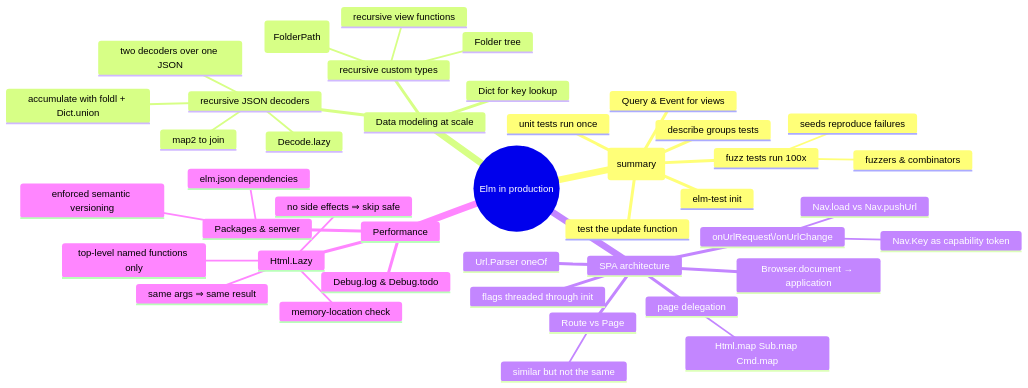
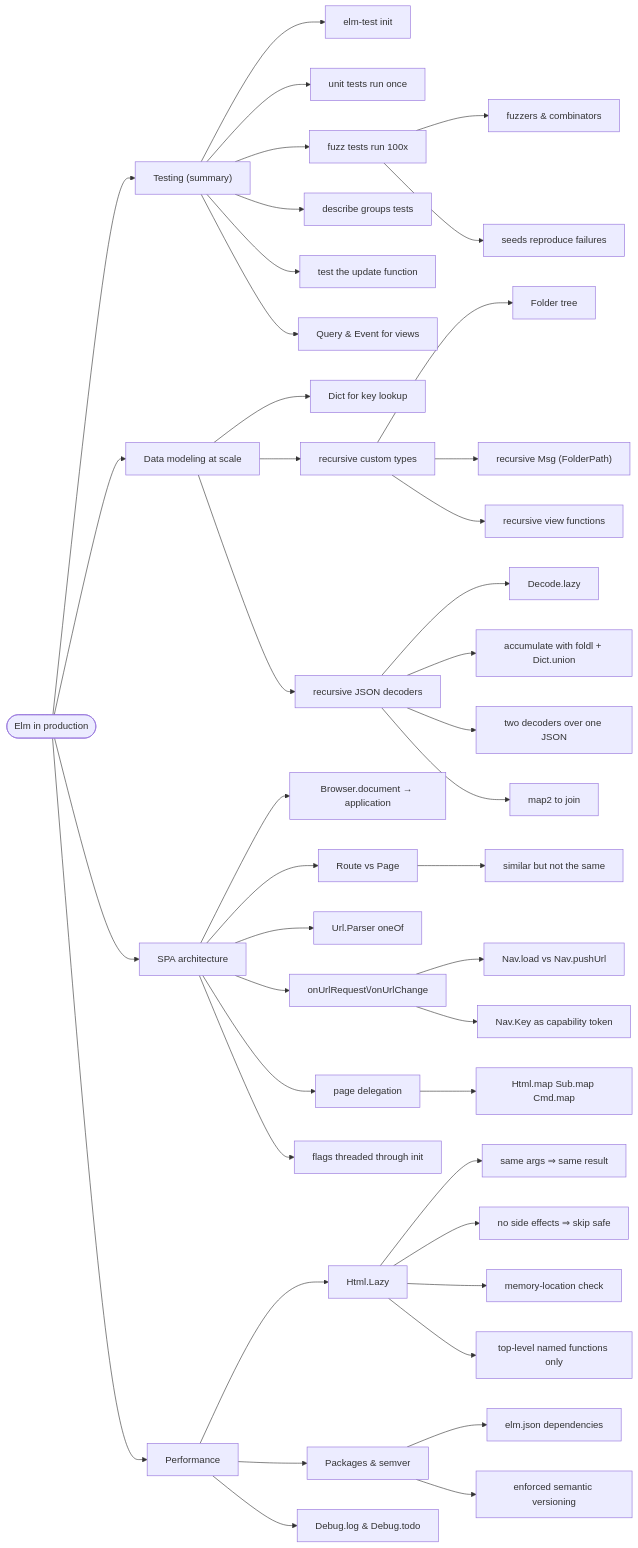
The diagram in docs/knowledge/elm-in-production/index.md (42WASD/42wasd-community-web), drawn with Mermaid before and after one commit. The commit also changed 13 other files, not shown here.

First line of the commit message:
Convert knowledge mindmaps to flowchart LR diagrams

````diff
--- a/docs/knowledge/elm-in-production/index.md
+++ b/docs/knowledge/elm-in-production/index.md
@@ -12,45 +12,86 @@
 ```mermaid
-mindmap
-  root((Elm in production))
-    Testing (summary)
-      elm-test init
-      unit tests run once
-      fuzz tests run 100x
-        fuzzers & combinators
-        seeds reproduce failures
-      describe groups tests
-      test the update function
-      Query & Event for views
-    Data modeling at scale
-      Dict for key lookup
-      recursive custom types
-        Folder tree
-        recursive Msg (FolderPath)
-        recursive view functions
-      recursive JSON decoders
-        Decode.lazy
-        accumulate with foldl + Dict.union
-        two decoders over one JSON
-        map2 to join
-    SPA architecture
-      Browser.document → application
-      Route vs Page
-        similar but not the same
-      Url.Parser oneOf
-      onUrlRequest\\/onUrlChange
-        Nav.load vs Nav.pushUrl
-        Nav.Key as capability token
-      page delegation
-        Html.map Sub.map Cmd.map
-      flags threaded through init
-    Performance
-      Html.Lazy
-        same args ⇒ same result
-        no side effects ⇒ skip safe
-        memory-location check
-        top-level named functions only
-      Packages & semver
-        elm.json dependencies
-        enforced semantic versioning
-      Debug.log & Debug.todo
+flowchart LR
+    n1(["Elm in production"])
+    n2["Testing (summary)"]
+    n3["elm-test init"]
+    n4["unit tests run once"]
+    n5["fuzz tests run 100x"]
+    n6["fuzzers &amp; combinators"]
+    n7["seeds reproduce failures"]
+    n8["describe groups tests"]
+    n9["test the update function"]
+    n10["Query &amp; Event for views"]
+    n11["Data modeling at scale"]
+    n12["Dict for key lookup"]
+    n13["recursive custom types"]
+    n14["Folder tree"]
+    n15["recursive Msg (FolderPath)"]
+    n16["recursive view functions"]
+    n17["recursive JSON decoders"]
+    n18["Decode.lazy"]
+    n19["accumulate with foldl + Dict.union"]
+    n20["two decoders over one JSON"]
+    n21["map2 to join"]
+    n22["SPA architecture"]
+    n23["Browser.document → application"]
+    n24["Route vs Page"]
+    n25["similar but not the same"]
+    n26["Url.Parser oneOf"]
+    n27["onUrlRequest\/onUrlChange"]
+    n28["Nav.load vs Nav.pushUrl"]
+    n29["Nav.Key as capability token"]
+    n30["page delegation"]
+    n31["Html.map Sub.map Cmd.map"]
+    n32["flags threaded through init"]
+    n33["Performance"]
+    n34["Html.Lazy"]
+    n35["same args ⇒ same result"]
+    n36["no side effects ⇒ skip safe"]
+    n37["memory-location check"]
+    n38["top-level named functions only"]
+    n39["Packages &amp; semver"]
+    n40["elm.json dependencies"]
+    n41["enforced semantic versioning"]
+    n42["Debug.log &amp; Debug.todo"]
+    n1 --> n2
+    n2 --> n3
+    n2 --> n4
+    n2 --> n5
+    n5 --> n6
+    n5 --> n7
+    n2 --> n8
+    n2 --> n9
+    n2 --> n10
+    n1 --> n11
+    n11 --> n12
+    n11 --> n13
+    n13 --> n14
+    n13 --> n15
+    n13 --> n16
+    n11 --> n17
+    n17 --> n18
+    n17 --> n19
+    n17 --> n20
+    n17 --> n21
+    n1 --> n22
+    n22 --> n23
+    n22 --> n24
+    n24 --> n25
+    n22 --> n26
+    n22 --> n27
+    n27 --> n28
+    n27 --> n29
+    n22 --> n30
+    n30 --> n31
+    n22 --> n32
+    n1 --> n33
+    n33 --> n34
+    n34 --> n35
+    n34 --> n36
+    n34 --> n37
+    n34 --> n38
+    n33 --> n39
+    n39 --> n40
+    n39 --> n41
+    n33 --> n42
 ```
````
